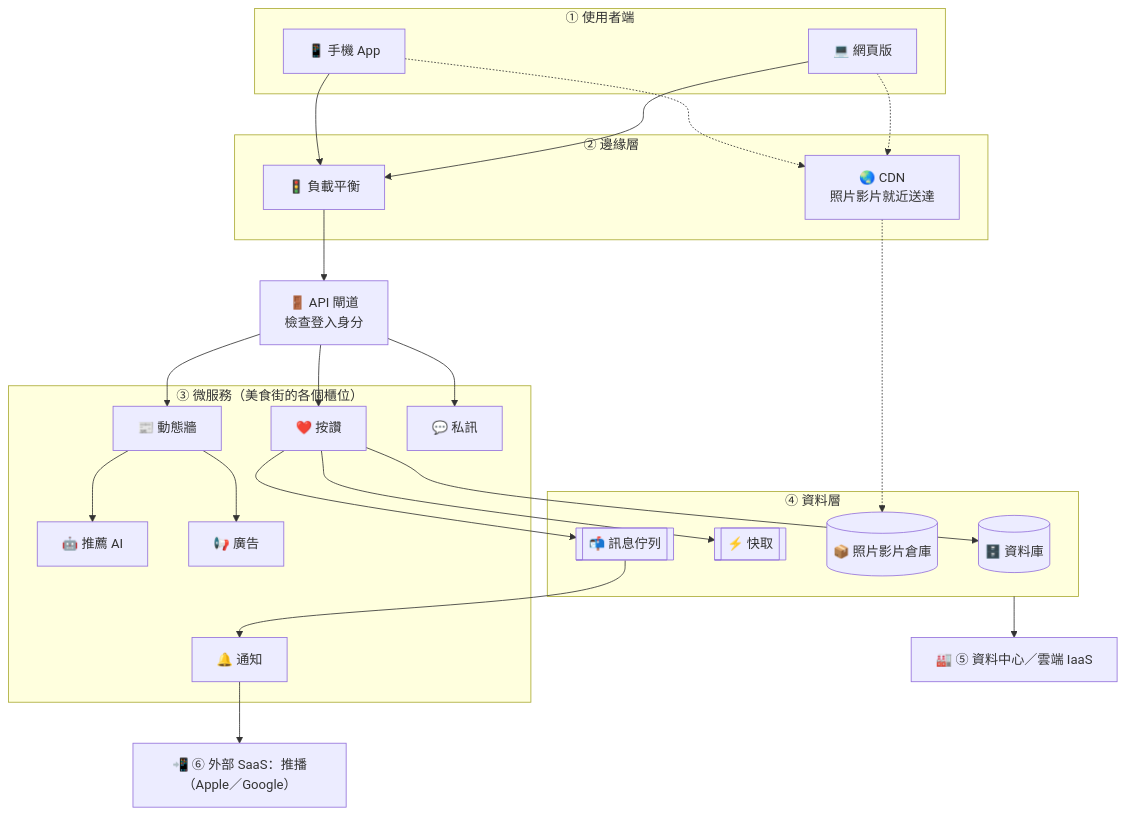
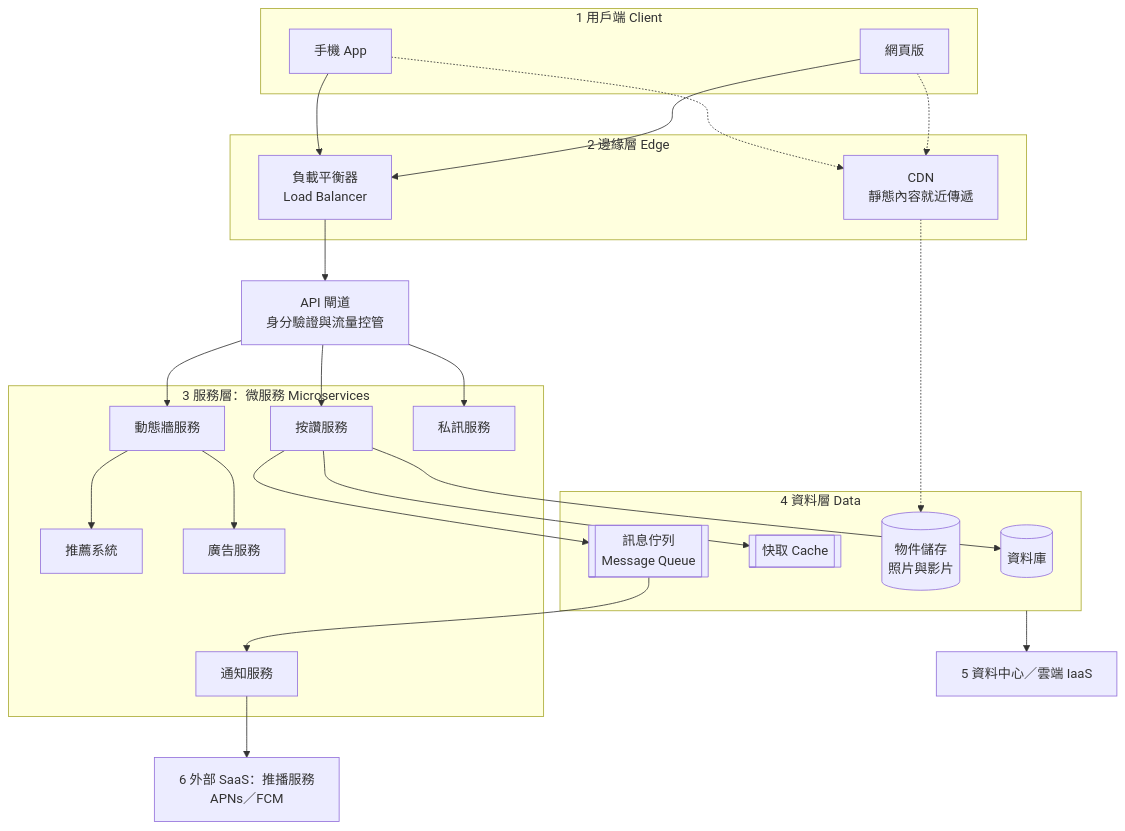
Before and after one commit to cychiang-ntpu/VibeNTPU: the diagram in README.md, drawn with Mermaid. The commit also changed other lines of this file and 43 other files, not shown here.

````diff
--- a/README.md
+++ b/README.md
@@ -68,34 +64,34 @@
 ```mermaid
 flowchart TB
-    subgraph C["① 使用者端"]
-        APP["📱 手機 App"]
-        WEB["💻 網頁版"]
+    subgraph C["1 用戶端 Client"]
+        APP["手機 App"]
+        WEB["網頁版"]
     end
-    subgraph E["② 邊緣層"]
-        CDN["🌏 CDN<br/>照片影片就近送達"]
-        LB["🚦 負載平衡"]
+    subgraph E["2 邊緣層 Edge"]
+        CDN["CDN<br/>靜態內容就近傳遞"]
+        LB["負載平衡器<br/>Load Balancer"]
     end
-    GW["🚪 API 閘道<br/>檢查登入身分"]
-    subgraph S["③ 微服務（美食街的各個櫃位）"]
-        LIKE["❤️ 按讚"]
-        FEED["📰 動態牆"]
-        DM["💬 私訊"]
-        REC["🤖 推薦 AI"]
-        ADS["📢 廣告"]
-        NOTI["🔔 通知"]
+    GW["API 閘道<br/>身分驗證與流量控管"]
+    subgraph S["3 服務層：微服務 Microservices"]
+        LIKE["按讚服務"]
+        FEED["動態牆服務"]
+        DM["私訊服務"]
+        REC["推薦系統"]
+        ADS["廣告服務"]
+        NOTI["通知服務"]
     end
-    subgraph D["④ 資料層"]
-        DB[("🗄️ 資料庫")]
-        CACHE[["⚡ 快取"]]
-        OBJ[("📦 照片影片倉庫")]
-        MQ[["📬 訊息佇列"]]
+    subgraph D["4 資料層 Data"]
+        DB[("資料庫")]
+        CACHE[["快取 Cache"]]
+        OBJ[("物件儲存<br/>照片與影片")]
+        MQ[["訊息佇列<br/>Message Queue"]]
     end
-    DC["🏭 ⑤ 資料中心／雲端 IaaS"]
-    PUSH["📲 ⑥ 外部 SaaS：推播（Apple／Google）"]
+    DC["5 資料中心／雲端 IaaS"]
+    PUSH["6 外部 SaaS：推播服務<br/>APNs／FCM"]
     APP & WEB --> LB --> GW --> LIKE & FEED & DM
     APP & WEB -.-> CDN -.-> OBJ
     FEED --> REC & ADS
     LIKE --> DB & CACHE & MQ
     MQ --> NOTI --> PUSH
     D --> DC
 ```
````
